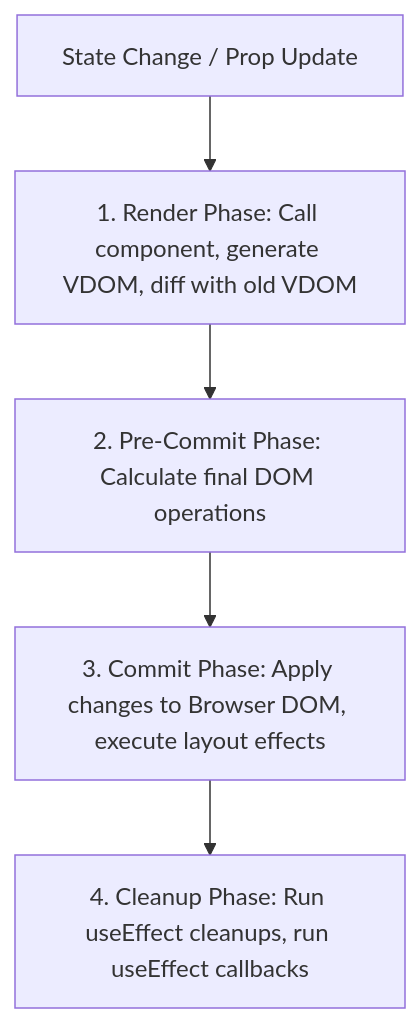
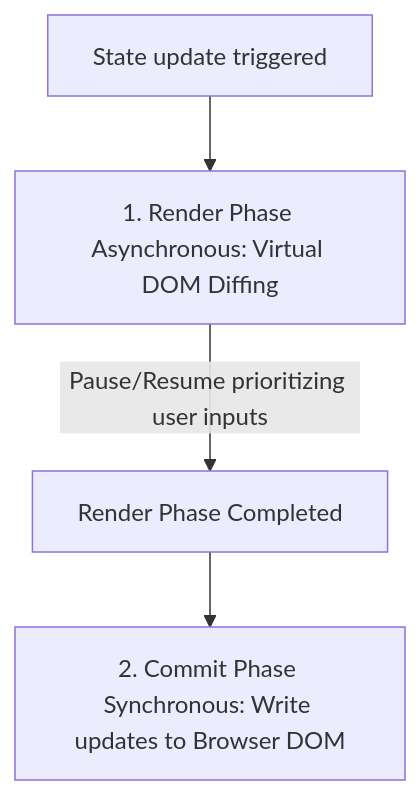
The diagram in frameworks_specifics/05_react.md (AD0791/interviewprep), drawn with Mermaid before and after one commit. The commit also changed other lines of this file and 8 other files, not shown here.

````diff
--- a/frameworks_specifics/05_react.md
+++ b/frameworks_specifics/05_react.md
@@ -18,7 +20,6 @@
 ```mermaid
 graph TD
-    Trigger[State Change / Prop Update] --> RenderPhase[1. Render Phase: Call component, generate VDOM, diff with old VDOM]
-    RenderPhase --> PreCommit[2. Pre-Commit Phase: Calculate final DOM operations]
-    PreCommit --> CommitPhase[3. Commit Phase: Apply changes to Browser DOM, execute layout effects]
-    CommitPhase --> Cleanup[4. Cleanup Phase: Run useEffect cleanups, run useEffect callbacks]
+    Trigger[State update triggered] --> RenderPhase[1. Render Phase Asynchronous: Virtual DOM Diffing]
+    RenderPhase -->|Pause/Resume prioritizing user inputs| CompleteRender[Render Phase Completed]
+    CompleteRender --> CommitPhase[2. Commit Phase Synchronous: Write updates to Browser DOM]
 ```
````
